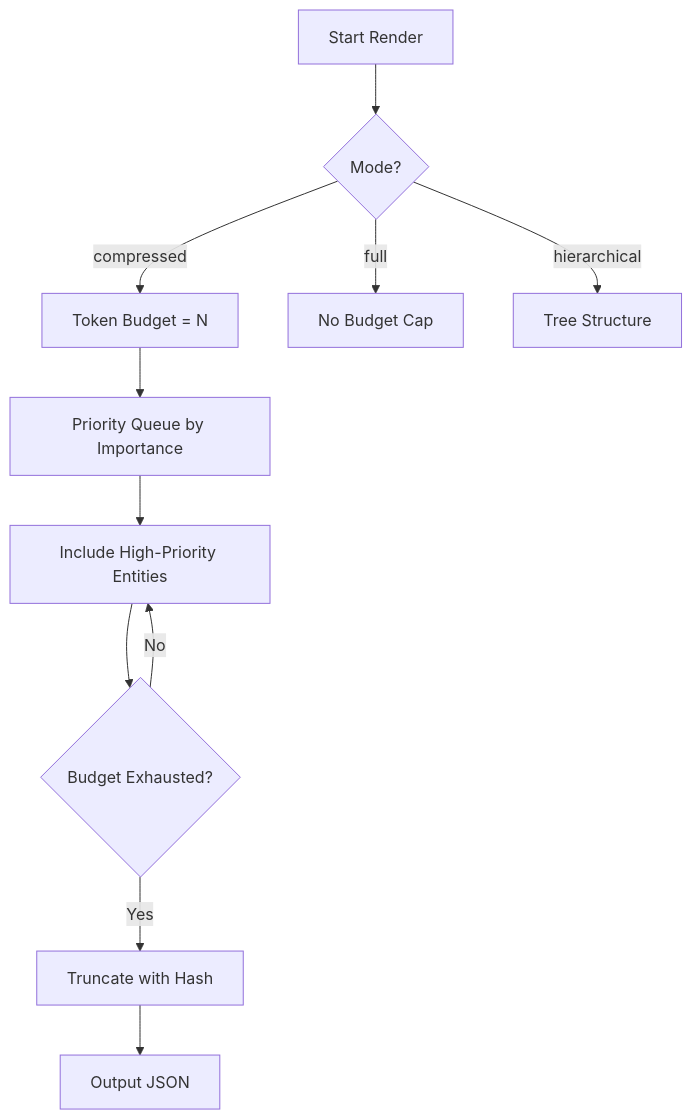
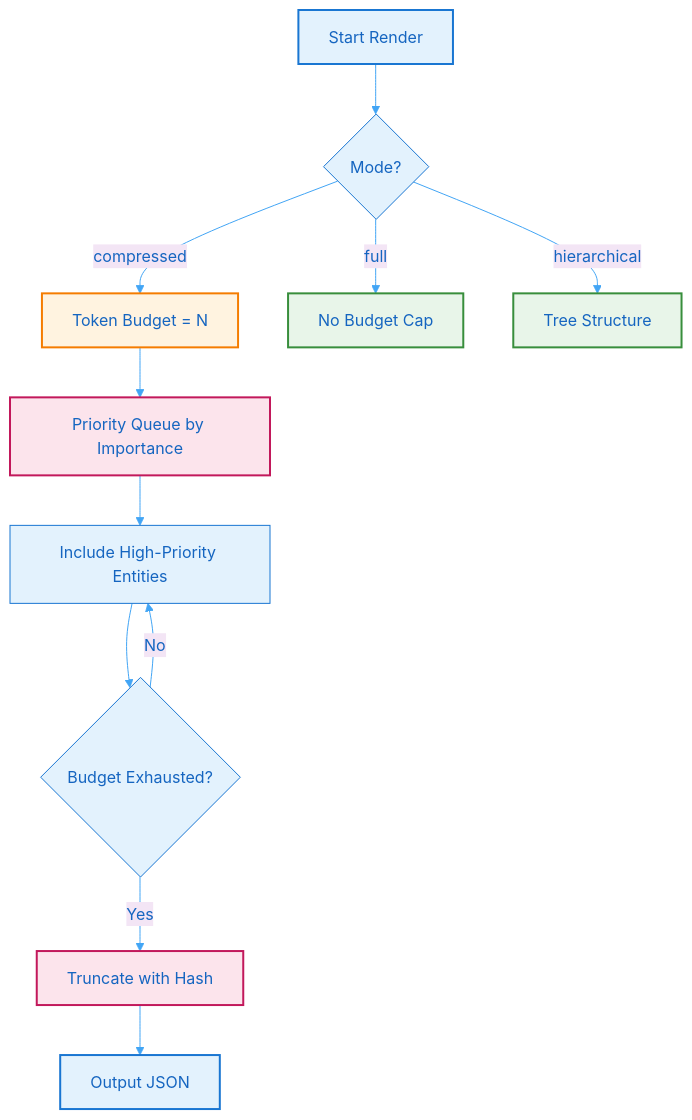
The diagram in docs-site/docs/whitepaper/bsg-compression.md (sageoz/Batho), drawn with Mermaid before and after one commit. The commit also changed other lines of this file and 31 other files, not shown here.

````diff
--- a/docs-site/docs/whitepaper/bsg-compression.md
+++ b/docs-site/docs/whitepaper/bsg-compression.md
@@ -29,13 +29,22 @@
 ```mermaid
+%%{init: {'theme': 'base', 'themeVariables': { 'primaryColor': '#e3f2fd', 'primaryTextColor': '#1565c0', 'primaryBorderColor': '#1976d2', 'lineColor': '#42a5f5', 'secondaryColor': '#f3e5f5', 'tertiaryColor': '#e8f5e9'}}}%%
 flowchart TB
     A[Start Render] --> B{Mode?}
     B -->|compressed| C[Token Budget = N]
     B -->|full| D[No Budget Cap]
     B -->|hierarchical| E[Tree Structure]
     C --> F[Priority Queue by Importance]
     F --> G[Include High-Priority Entities]
     G --> H{Budget Exhausted?}
     H -->|No| G
     H -->|Yes| I[Truncate with Hash]
     I --> J[Output JSON]
+
+    style A fill:#e3f2fd,stroke:#1976d2,stroke-width:2px
+    style C fill:#fff3e0,stroke:#f57c00,stroke-width:2px
+    style D fill:#e8f5e9,stroke:#388e3c,stroke-width:2px
+    style E fill:#e8f5e9,stroke:#388e3c,stroke-width:2px
+    style F fill:#fce4ec,stroke:#c2185b,stroke-width:2px
+    style I fill:#fce4ec,stroke:#c2185b,stroke-width:2px
+    style J fill:#e3f2fd,stroke:#1976d2,stroke-width:2px
 ```
````
